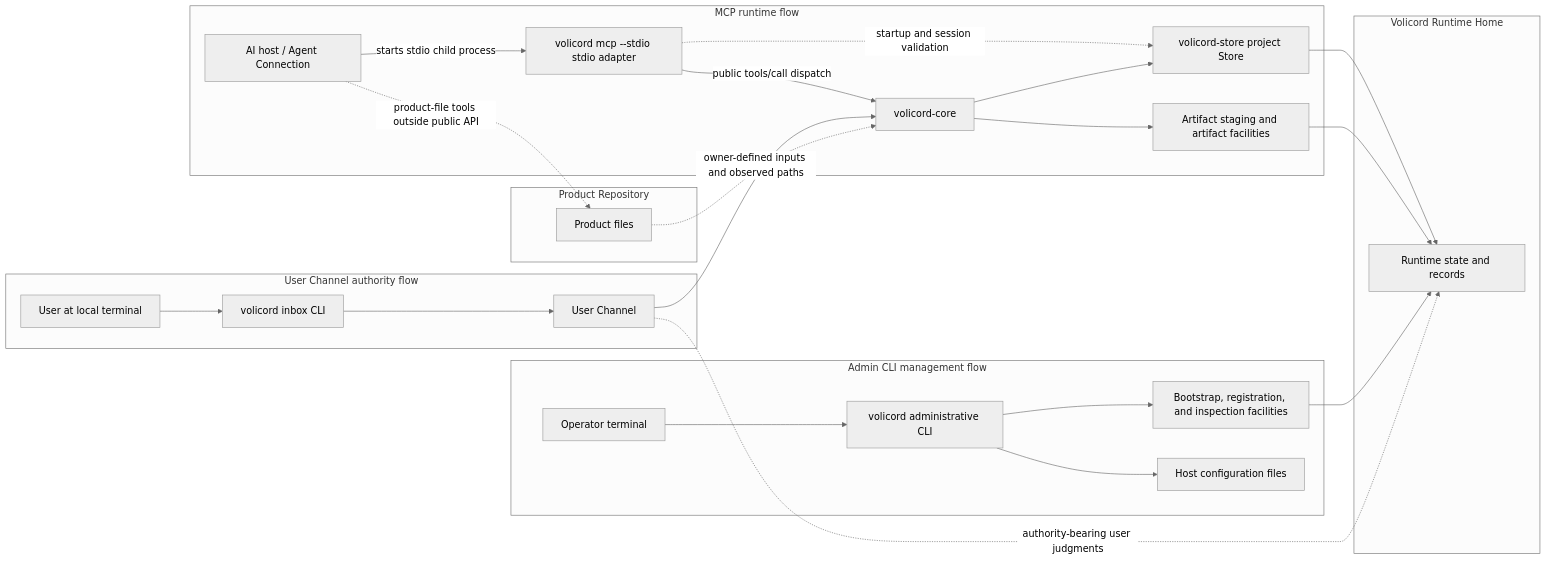
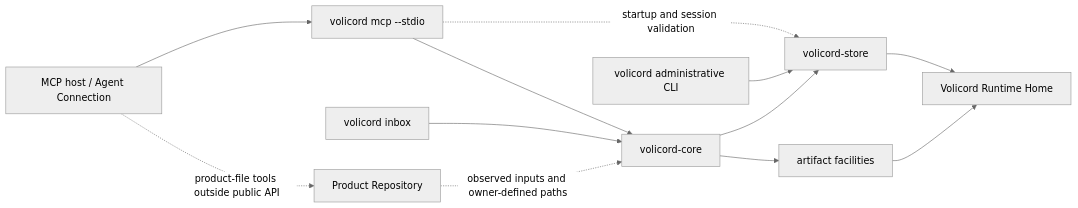
One commit to minjungw00/Volicord changed the diagram in docs/en/architecture-guide/architecture.md. Above: the diagram before and after it, drawn with Mermaid (neutral theme). The commit also changed other lines of this file and 4 other files, not shown here.

Commit message:
docs: focus architecture overview

````diff
--- a/docs/en/architecture-guide/architecture.md
+++ b/docs/en/architecture-guide/architecture.md
@@ -20,52 +46,23 @@
 ```mermaid
 flowchart LR
-  subgraph AgentRuntime["MCP runtime flow"]
-    host["AI host / Agent Connection"]
-    mcp["volicord mcp --stdio stdio adapter"]
-    core["volicord-core"]
-    store["volicord-store project Store"]
-    artifacts["Artifact staging and artifact facilities"]
-  end
+  host["MCP host / Agent Connection"]
+  mcp["volicord mcp --stdio"]
+  cli["volicord administrative CLI"]
+  inbox["volicord inbox"]
+  core["volicord-core"]
+  store["volicord-store"]
+  artifacts["artifact facilities"]
+  runtime["Volicord Runtime Home"]
+  product["Product Repository"]
 
-  subgraph AdminManagement["Admin CLI management flow"]
-    operator["Operator terminal"]
-    cli["volicord administrative CLI"]
-    bootstrap["Bootstrap, registration, and inspection facilities"]
-    config["Host configuration files"]
-  end
-
-  subgraph UserAuthority["User Channel authority flow"]
-    user["User at local terminal"]
-    usercli["volicord inbox CLI"]
-    channel["User Channel"]
-  end
-
-  subgraph RuntimeBoundary["Volicord Runtime Home"]
-    runtime["Runtime state and records"]
-  end
-
-  subgraph ProductBoundary["Product Repository"]
-    product["Product files"]
-  end
-
-  host -- starts stdio child process --> mcp
-  mcp -- public tools/call dispatch --> core
+  host --> mcp --> core
   mcp -. startup and session validation .-> store
+  cli --> store
+  inbox --> core
   core --> store
   core --> artifacts
   store --> runtime
   artifacts --> runtime
-
-  operator --> cli
-  cli --> bootstrap
-  cli --> config
-  bootstrap --> runtime
-
-  user --> usercli
-  usercli --> channel
-  channel --> core
-  channel -. authority-bearing user judgments .-> runtime
-
-  product -. owner-defined inputs and observed paths .-> core
+  product -. observed inputs and owner-defined paths .-> core
   host -. product-file tools outside public API .-> product
 ```
````
